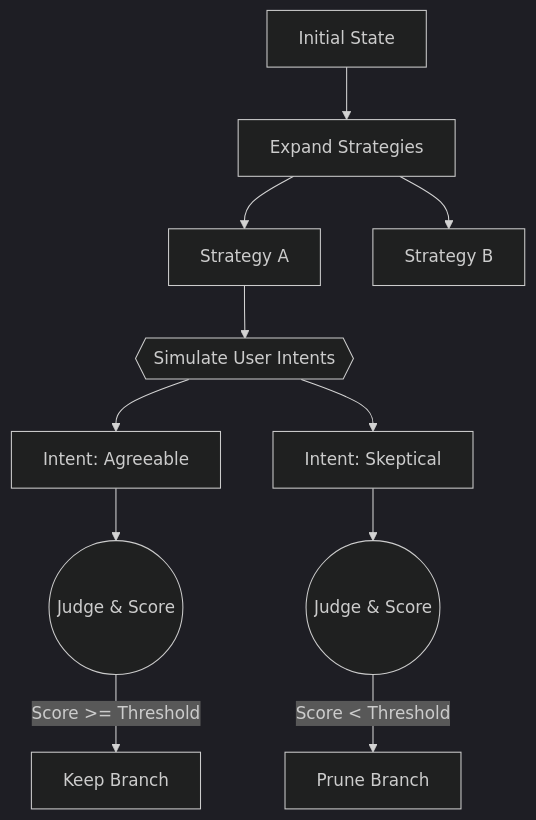
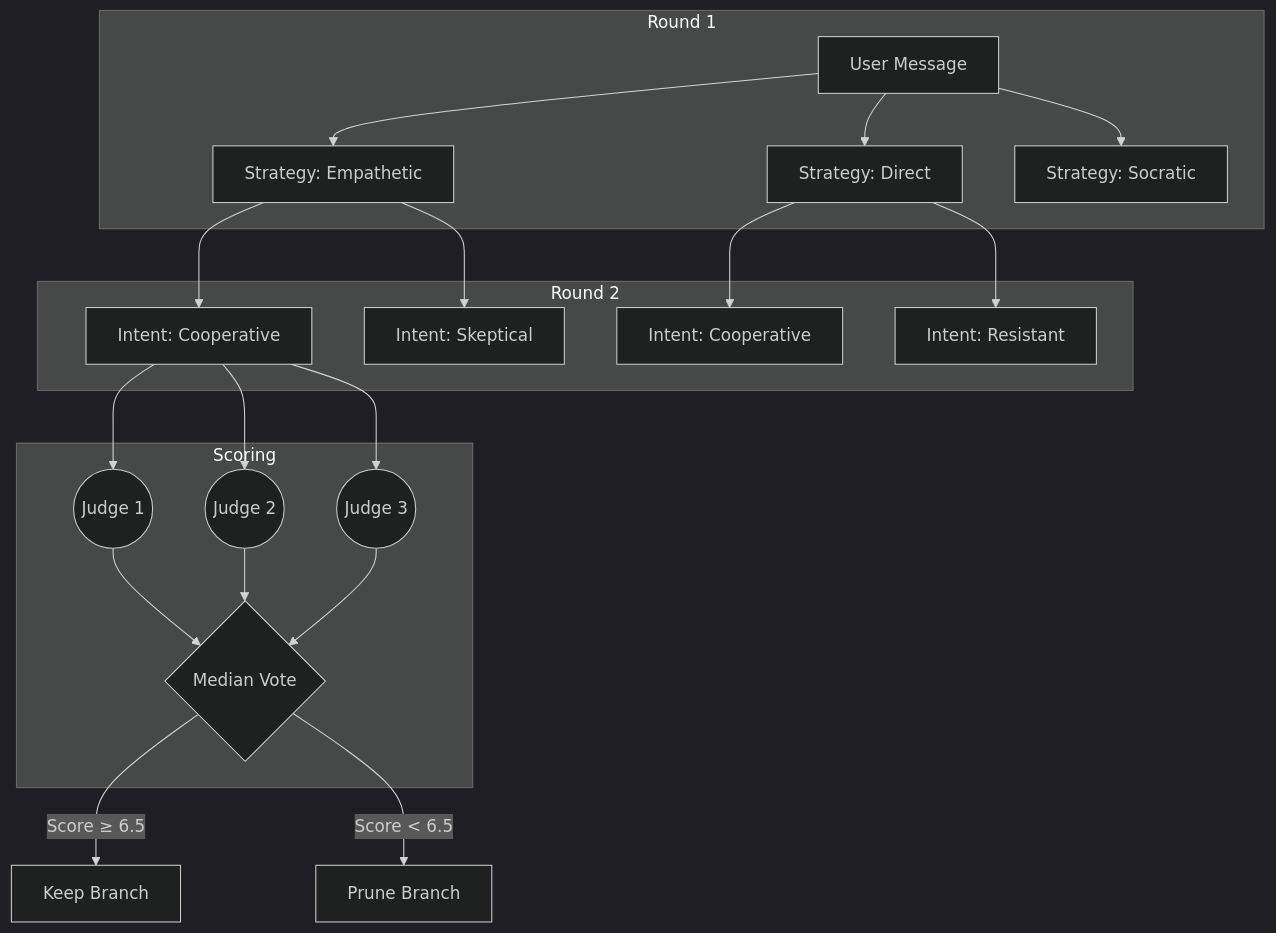
One commit to MVPandey/DTS changed the first of 3 diagrams in README.md. Above: the diagram before and after it, drawn with Mermaid (dark theme). The commit also changed other lines of this file and 1 other file, not shown here.

````diff
--- a/README.md
+++ b/README.md
@@ -29,17 +78,25 @@
 ```mermaid
 graph TD
-    Start[Initial State] --> Exp[Expand Strategies]
-    Exp --> Str1[Strategy A]
-    Exp --> Str2[Strategy B]
+    subgraph Round 1
+        Root[User Message] --> S1[Strategy: Empathetic]
+        Root --> S2[Strategy: Direct]
+        Root --> S3[Strategy: Socratic]
+    end
 
-    Str1 --> UserSim1{{Simulate User Intents}}
+    subgraph Round 2
+        S1 --> S1I1[Intent: Cooperative]
+        S1 --> S1I2[Intent: Skeptical]
+        S2 --> S2I1[Intent: Cooperative]
+        S2 --> S2I2[Intent: Resistant]
+    end
 
-    UserSim1 --> Int1[Intent: Agreeable]
-    UserSim1 --> Int2[Intent: Skeptical]
+    subgraph Scoring
+        S1I1 --> J1((Judge 1))
+        S1I1 --> J2((Judge 2))
+        S1I1 --> J3((Judge 3))
+        J1 & J2 & J3 --> M{Median Vote}
+    end
 
-    Int1 --> Eval1((Judge & Score))
-    Int2 --> Eval2((Judge & Score))
-
-    Eval1 -- Score >= Threshold --> Keep[Keep Branch]
-    Eval2 -- Score < Threshold --> Prune[Prune Branch]
+    M -->|Score ≥ 6.5| Keep[Keep Branch]
+    M -->|Score < 6.5| Prune[Prune Branch]
 ```
````
